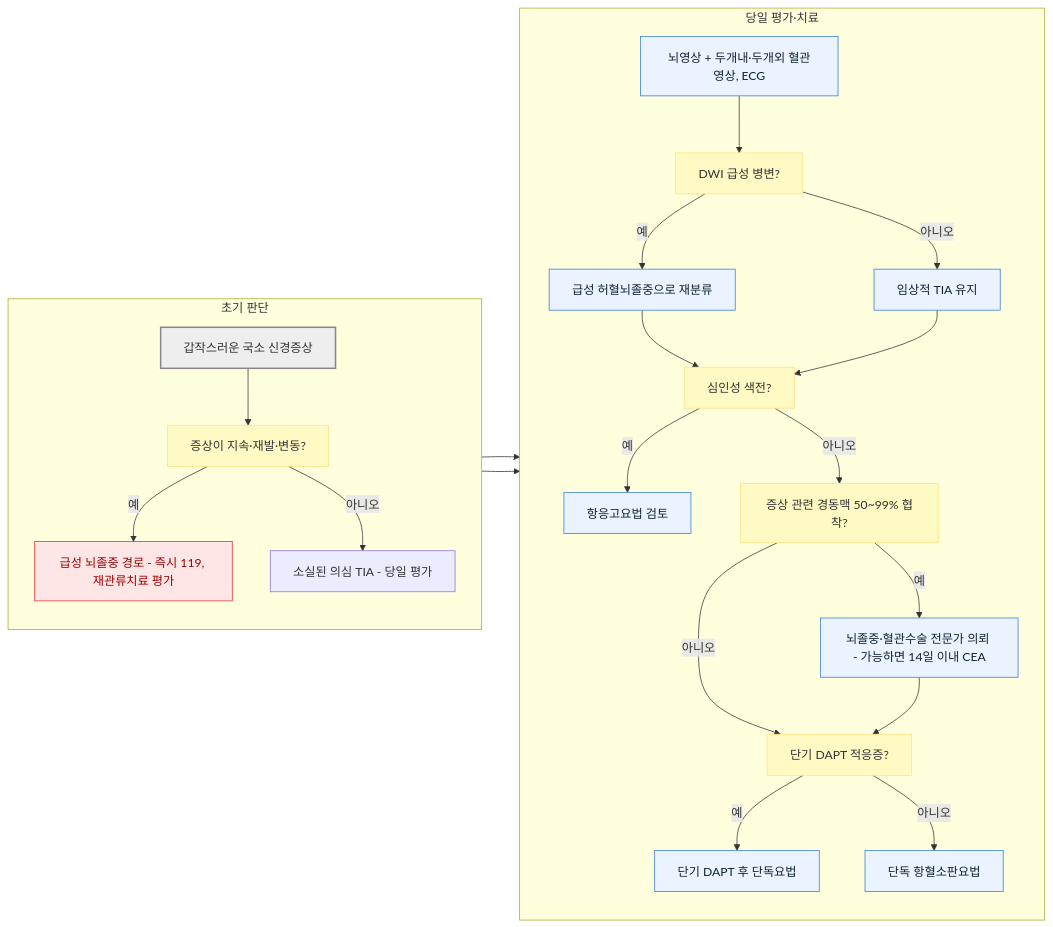
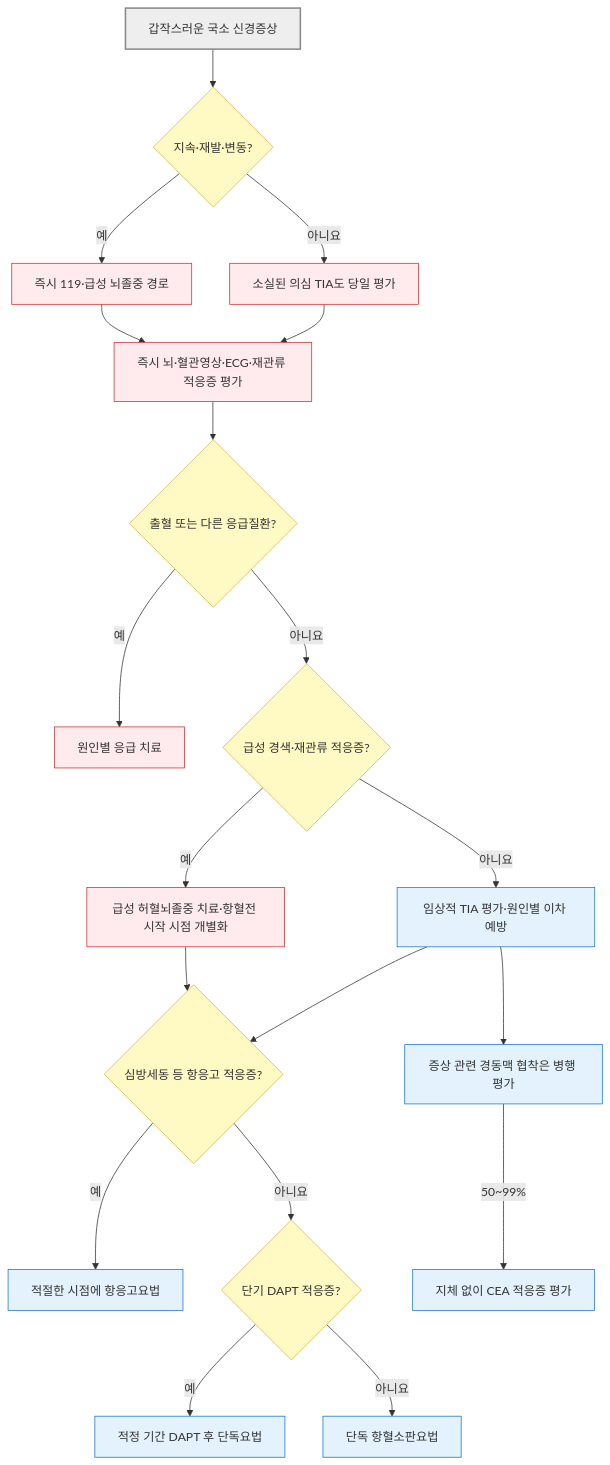
Before and after one commit to familyoh77/familyoh77: the diagram in 221_/023_-tia.md, drawn with Mermaid. The commit also changed other lines of this file and 4 other files, not shown here.

````diff
--- a/221_/023_-tia.md
+++ b/221_/023_-tia.md
@@ -143,34 +142,29 @@
 ```mermaid
-flowchart LR
-  subgraph SL["초기 판단"]
-    direction TB
-    A["갑작스러운 국소 신경증상"] --> B["증상이 지속·재발·변동?"]
-    B -->|예| C["급성 뇌졸중 경로 - 즉시 119, 재관류치료 평가"]
-    B -->|아니오| D["소실된 의심 TIA - 당일 평가"]
-  end
-  subgraph SR["당일 평가·치료"]
-    direction TB
-    E["뇌영상 + 두개내·두개외 혈관영상, ECG"] --> F["DWI 급성 병변?"]
-    F -->|예| G["급성 허혈뇌졸중으로 재분류"]
-    F -->|아니오| H["임상적 TIA 유지"]
-    G --> I["심인성 색전?"]
+flowchart TD
+    A["갑작스러운 국소 신경증상"] --> B{"지속·재발·변동?"}
+    B -- "예" --> C["즉시 119·급성 뇌졸중 경로"]
+    B -- "아니요" --> D["소실된 의심 TIA도 당일 평가"]
+    C --> E["즉시 뇌·혈관영상·ECG·재관류 적응증 평가"]
+    D --> E
+    E --> X{"출혈 또는 다른 응급질환?"}
+    X -- "예" --> U["원인별 응급 치료"]
+    X -- "아니요" --> F{"급성 경색·재관류 적응증?"}
+    F -- "예" --> G["급성 허혈뇌졸중 치료·항혈전 시작 시점 개별화"]
+    F -- "아니요" --> H["임상적 TIA 평가·원인별 이차 예방"]
+    G --> I{"심방세동 등 항응고 적응증?"}
     H --> I
-    I -->|예| J["항응고요법 검토"]
-    I -->|아니오| K["증상 관련 경동맥 50~99% 협착?"]
-    K -->|예| P["뇌졸중·혈관수술 전문가 의뢰 - 가능하면 14일 이내 CEA"]
-    K -->|아니오| M["단기 DAPT 적응증?"]
-    P --> M
-    M -->|예| N["단기 DAPT 후 단독요법"]
-    M -->|아니오| O["단독 항혈소판요법"]
-  end
-  D --> E
-  C --> E
-  classDef start fill:#eeeeee,stroke:#888888,stroke-width:2px
-  classDef question fill:#fff9c4,stroke:#ffe082
-  classDef danger fill:#ffe6e6,stroke:#d33,color:#900
-  classDef action fill:#eaf3ff,stroke:#367bd6,color:#123
-  class A start
-  class B,F,I,K,M question
-  class C danger
-  class E,G,H,J,P,N,O action
+    I -- "예" --> J["적절한 시점에 항응고요법"]
+    I -- "아니요" --> M{"단기 DAPT 적응증?"}
+    M -- "예" --> N["적정 기간 DAPT 후 단독요법"]
+    M -- "아니요" --> O["단독 항혈소판요법"]
+    H --> K["증상 관련 경동맥 협착은 병행 평가"]
+    K -- "50~99%" --> P["지체 없이 CEA 적응증 평가"]
+    classDef start fill:#eee,stroke:#888,stroke-width:2px
+    classDef decision fill:#fff9c4,stroke:#d6b656
+    classDef process fill:#e3f2fd,stroke:#1976d2
+    classDef urgent fill:#ffebee,stroke:#d32f2f
+    class A start
+    class B,X,F,I,M decision
+    class H,J,N,O,K,P process
+    class C,D,E,U,G urgent
 ```
````
